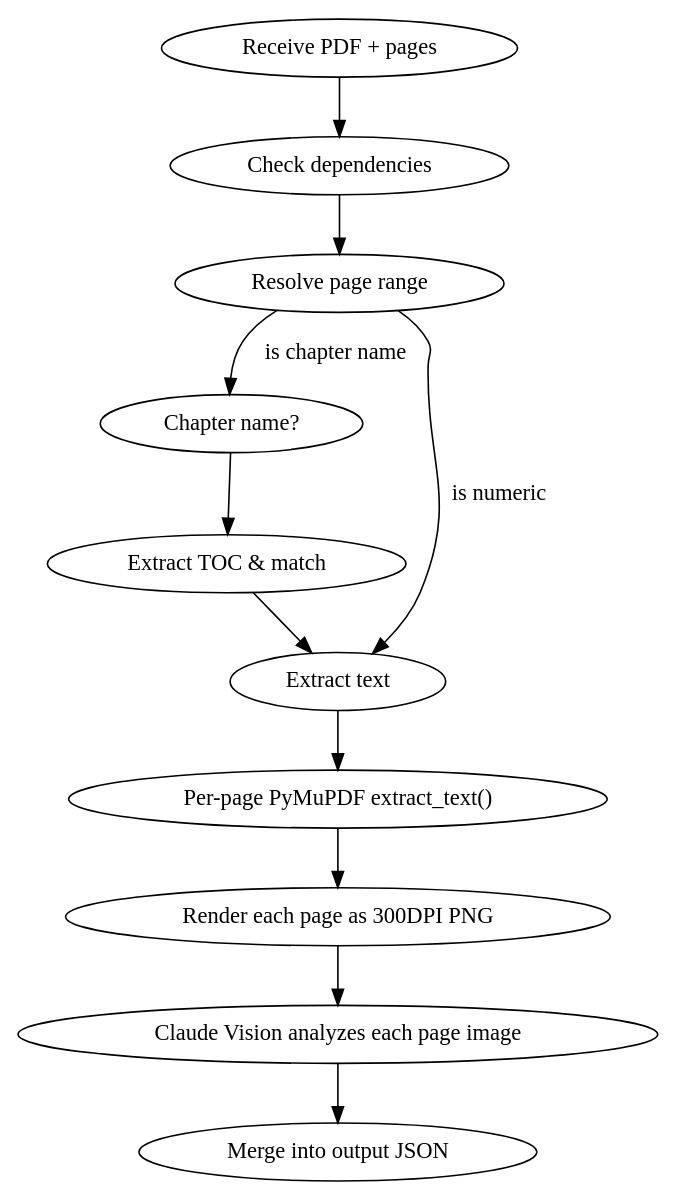
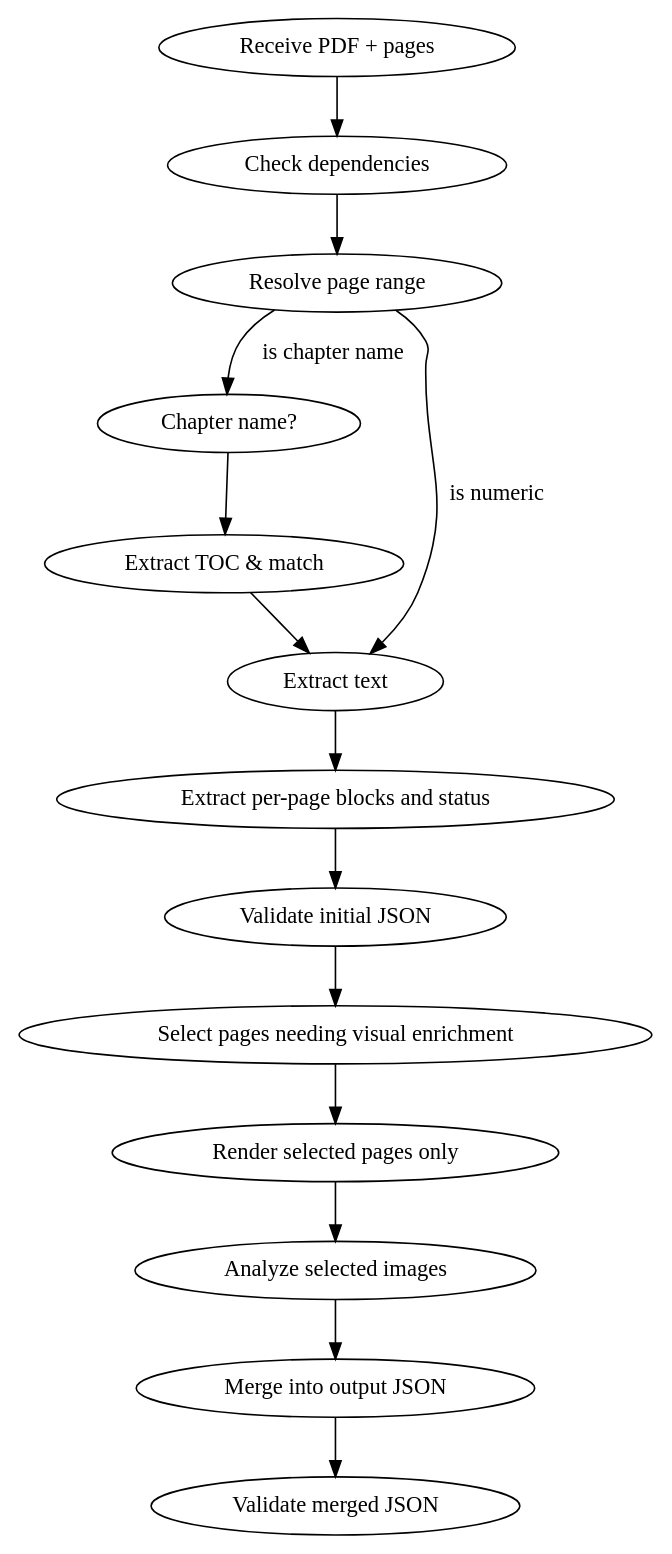
The diagram in assets/skills/read-pdf/SKILL.en.md (luneth90/lifeos), drawn with Graphviz before and after one commit. The commit also changed other lines of this file and 11 other files, not shown here.

````diff
--- a/assets/skills/read-pdf/SKILL.en.md
+++ b/assets/skills/read-pdf/SKILL.en.md
@@ -112,14 +117,17 @@
 ```dot
 digraph read_pdf {
     rankdir=TB;
     "Receive PDF + pages" -> "Check dependencies";
     "Check dependencies" -> "Resolve page range";
     "Resolve page range" -> "Chapter name?" [label="is chapter name"];
     "Resolve page range" -> "Extract text" [label="is numeric"];
     "Chapter name?" -> "Extract TOC & match" -> "Extract text";
-    "Extract text" -> "Per-page PyMuPDF extract_text()";
-    "Per-page PyMuPDF extract_text()" -> "Render each page as 300DPI PNG";
-    "Render each page as 300DPI PNG" -> "Claude Vision analyzes each page image";
-    "Claude Vision analyzes each page image" -> "Merge into output JSON";
+    "Extract text" -> "Extract per-page blocks and status";
+    "Extract per-page blocks and status" -> "Validate initial JSON";
+    "Validate initial JSON" -> "Select pages needing visual enrichment";
+    "Select pages needing visual enrichment" -> "Render selected pages only";
+    "Render selected pages only" -> "Analyze selected images";
+    "Analyze selected images" -> "Merge into output JSON";
+    "Merge into output JSON" -> "Validate merged JSON";
 }
 ```
````
